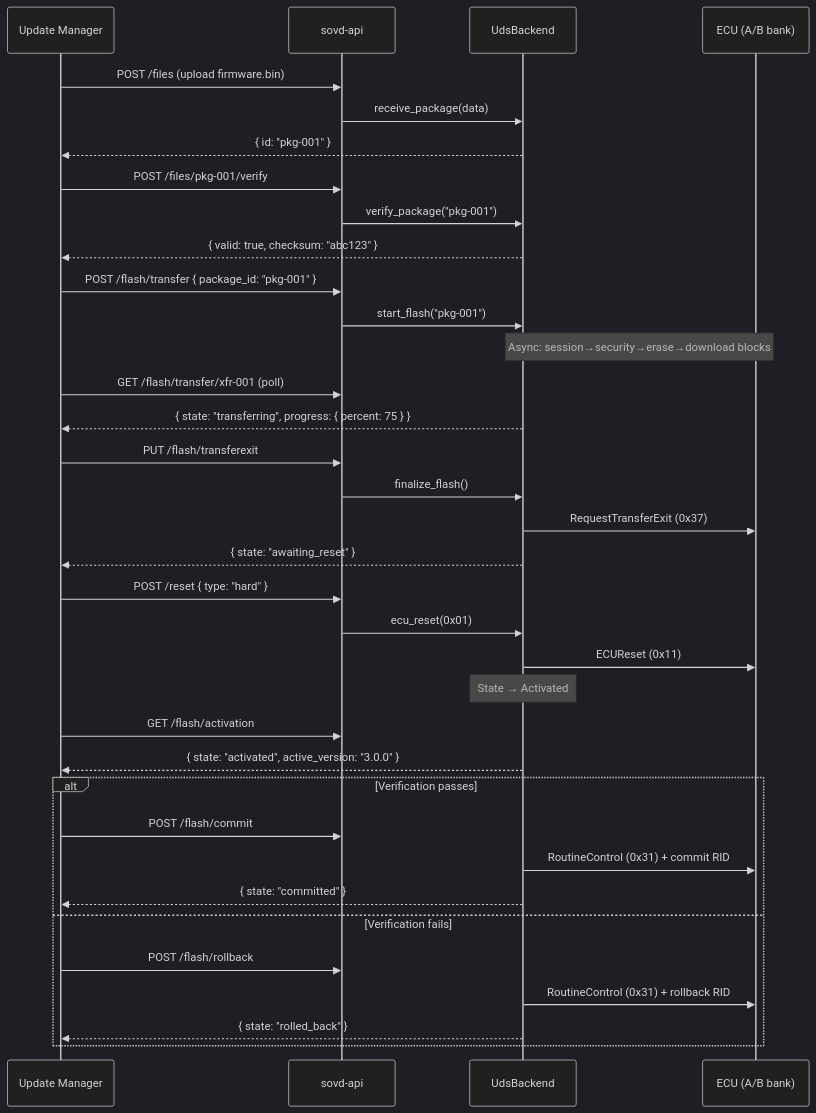
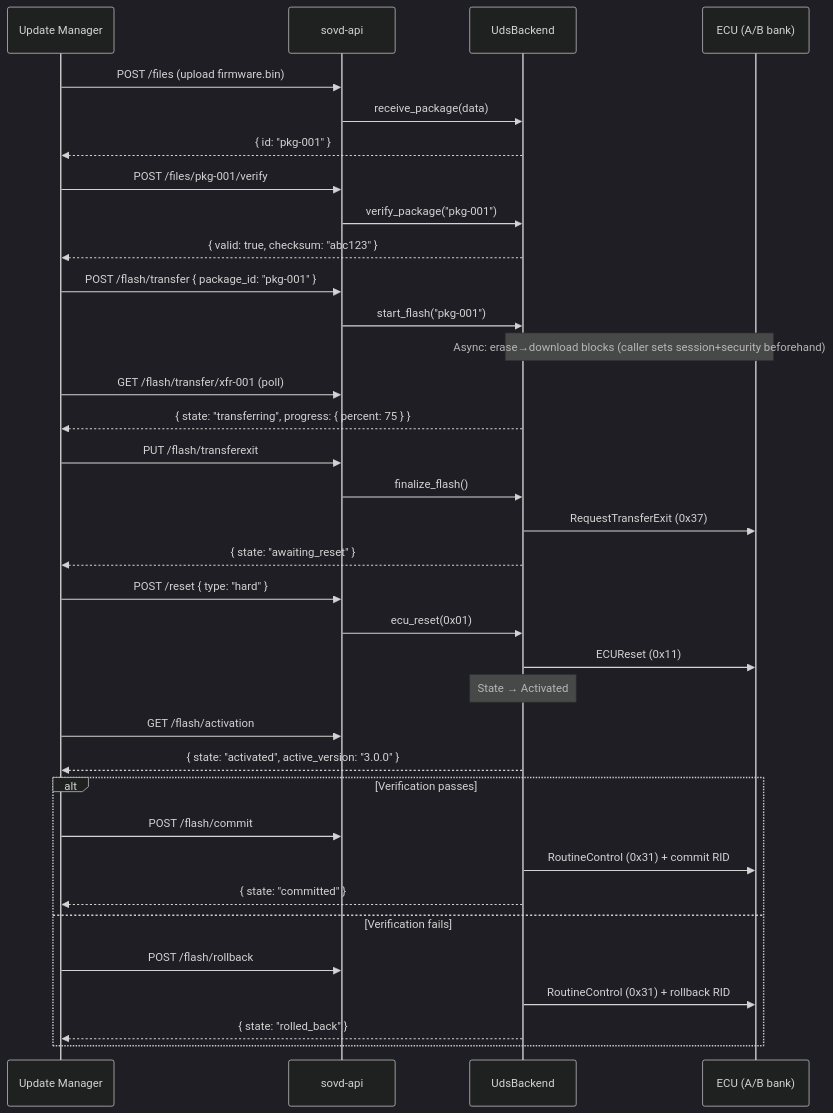
Before and after one commit to sdv-playground/SOVDd: the sixth of 9 diagrams in ARCHITECTURE.md, drawn with Mermaid (dark theme). The commit also changed other lines of this file and 11 other files, not shown here.

````diff
--- a/ARCHITECTURE.md
+++ b/ARCHITECTURE.md
@@ -582,45 +580,45 @@
 ```mermaid
 sequenceDiagram
     participant M as Update Manager
     participant API as sovd-api
     participant UDS as UdsBackend
     participant ECU as ECU (A/B bank)
 
     M->>API: POST /files (upload firmware.bin)
     API->>UDS: receive_package(data)
     UDS-->>M: { id: "pkg-001" }
 
     M->>API: POST /files/pkg-001/verify
     API->>UDS: verify_package("pkg-001")
     UDS-->>M: { valid: true, checksum: "abc123" }
 
     M->>API: POST /flash/transfer { package_id: "pkg-001" }
     API->>UDS: start_flash("pkg-001")
-    Note over UDS,ECU: Async: session→security→erase→download blocks
+    Note over UDS,ECU: Async: erase→download blocks (caller sets session+security beforehand)
 
     M->>API: GET /flash/transfer/xfr-001 (poll)
     UDS-->>M: { state: "transferring", progress: { percent: 75 } }
 
     M->>API: PUT /flash/transferexit
     API->>UDS: finalize_flash()
     UDS->>ECU: RequestTransferExit (0x37)
     UDS-->>M: { state: "awaiting_reset" }
 
     M->>API: POST /reset { type: "hard" }
     API->>UDS: ecu_reset(0x01)
     UDS->>ECU: ECUReset (0x11)
     Note over UDS: State → Activated
 
     M->>API: GET /flash/activation
     UDS-->>M: { state: "activated", active_version: "3.0.0" }
 
     alt Verification passes
         M->>API: POST /flash/commit
         UDS->>ECU: RoutineControl (0x31) + commit RID
         UDS-->>M: { state: "committed" }
     else Verification fails
         M->>API: POST /flash/rollback
         UDS->>ECU: RoutineControl (0x31) + rollback RID
         UDS-->>M: { state: "rolled_back" }
     end
 ```
````
